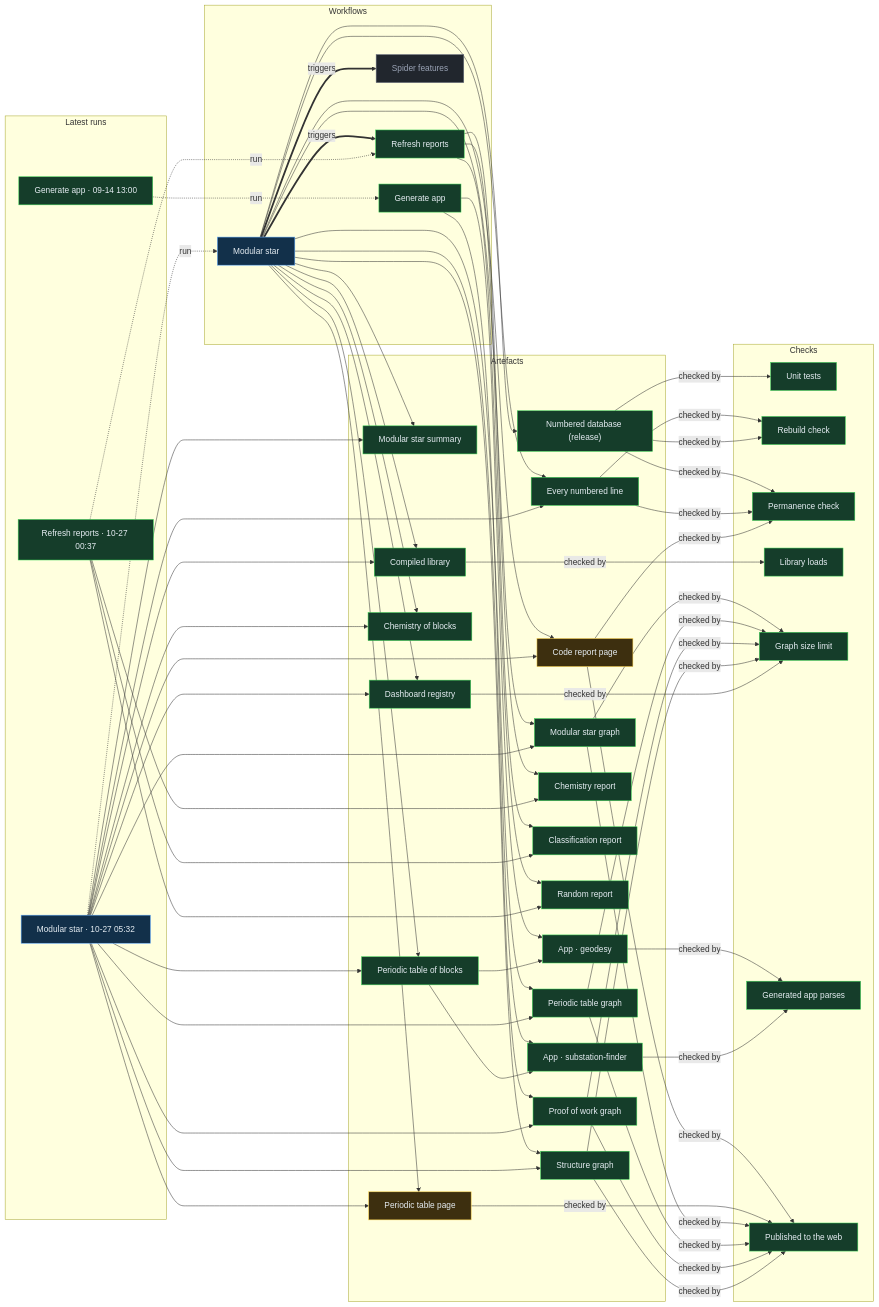
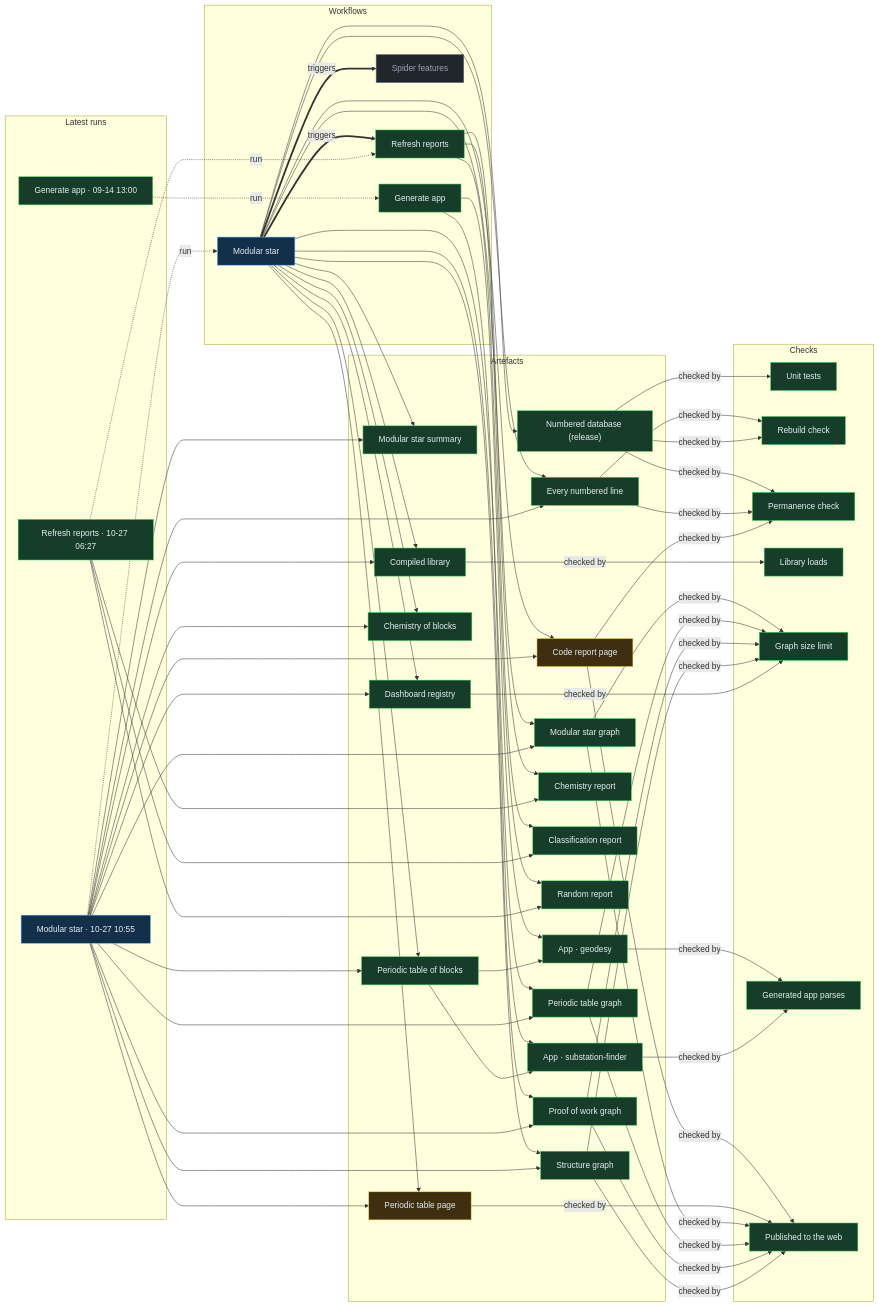
The diagram in proof/PROOF.md (Ventusltd/stars), drawn with Mermaid before and after one commit. The commit also changed other lines of this file and 133 other files, not shown here.

Commit message:
Modular star 2026-10-27T10:58Z

```diff
--- a/proof/PROOF.md
+++ b/proof/PROOF.md
@@ -24,8 +24,8 @@
   n_wf_spider_features["Spider features"]:::off
   end
   subgraph g_runs["Latest runs"]
-  n_run_40455852268["Modular star · 10-27 05:32"]:::live
-  n_run_40427549842["Refresh reports · 10-27 00:37"]:::ok
+  n_run_40492176170["Modular star · 10-27 10:55"]:::live
+  n_run_40461192456["Refresh reports · 10-27 06:27"]:::ok
   n_run_34846587798["Generate app · 09-14 13:00"]:::ok
   end
   subgraph g_artefacts["Artefacts"]
@@ -59,39 +59,39 @@
   end
   n_wf_modular_star == triggers ==> n_wf_refresh
   n_wf_modular_star == triggers ==> n_wf_spider_features
-  n_run_40455852268 -. run .-> n_wf_modular_star
-  n_run_40427549842 -. run .-> n_wf_refresh
+  n_run_40492176170 -. run .-> n_wf_modular_star
+  n_run_40461192456 -. run .-> n_wf_refresh
   n_run_34846587798 -. run .-> n_wf_generate
   n_wf_modular_star --> n_art_summary
-  n_run_40455852268 --> n_art_summary
+  n_run_40492176170 --> n_art_summary
   n_wf_modular_star --> n_art_lines
-  n_run_40455852268 --> n_art_lines
+  n_run_40492176170 --> n_art_lines
   n_wf_modular_star --> n_art_code
-  n_run_40455852268 --> n_art_code
+  n_run_40492176170 --> n_art_code
   n_wf_modular_star --> n_art_modular_graph
-  n_run_40455852268 --> n_art_modular_graph
+  n_run_40492176170 --> n_art_modular_graph
   n_wf_modular_star --> n_art_blocks
-  n_run_40455852268 --> n_art_blocks
+  n_run_40492176170 --> n_art_blocks
   n_wf_modular_star --> n_art_table
-  n_run_40455852268 --> n_art_table
+  n_run_40492176170 --> n_art_table
   n_wf_modular_star --> n_art_blocks_graph
-  n_run_40455852268 --> n_art_blocks_graph
+  n_run_40492176170 --> n_art_blocks_graph
   n_wf_modular_star --> n_art_reactions
-  n_run_40455852268 --> n_art_reactions
+  n_run_40492176170 --> n_art_reactions
   n_wf_modular_star --> n_art_library
-  n_run_40455852268 --> n_art_library
+  n_run_40492176170 --> n_art_library
   n_wf_modular_star --> n_art_features
-  n_run_40455852268 --> n_art_features
+  n_run_40492176170 --> n_art_features
   n_wf_modular_star --> n_art_proof
-  n_run_40455852268 --> n_art_proof
+  n_run_40492176170 --> n_art_proof
   n_wf_modular_star --> n_art_structure
-  n_run_40455852268 --> n_art_structure
+  n_run_40492176170 --> n_art_structure
   n_wf_refresh --> n_art_chemistry
-  n_run_40427549842 --> n_art_chemistry
+  n_run_40461192456 --> n_art_chemistry
   n_wf_refresh --> n_art_vedic
-  n_run_40427549842 --> n_art_vedic
+  n_run_40461192456 --> n_art_vedic
   n_wf_refresh --> n_art_random
-  n_run_40427549842 --> n_art_random
+  n_run_40461192456 --> n_art_random
   n_wf_modular_star --> n_art_release
   n_wf_generate --> n_app_geodesy
   n_art_blocks --> n_app_geodesy
```
